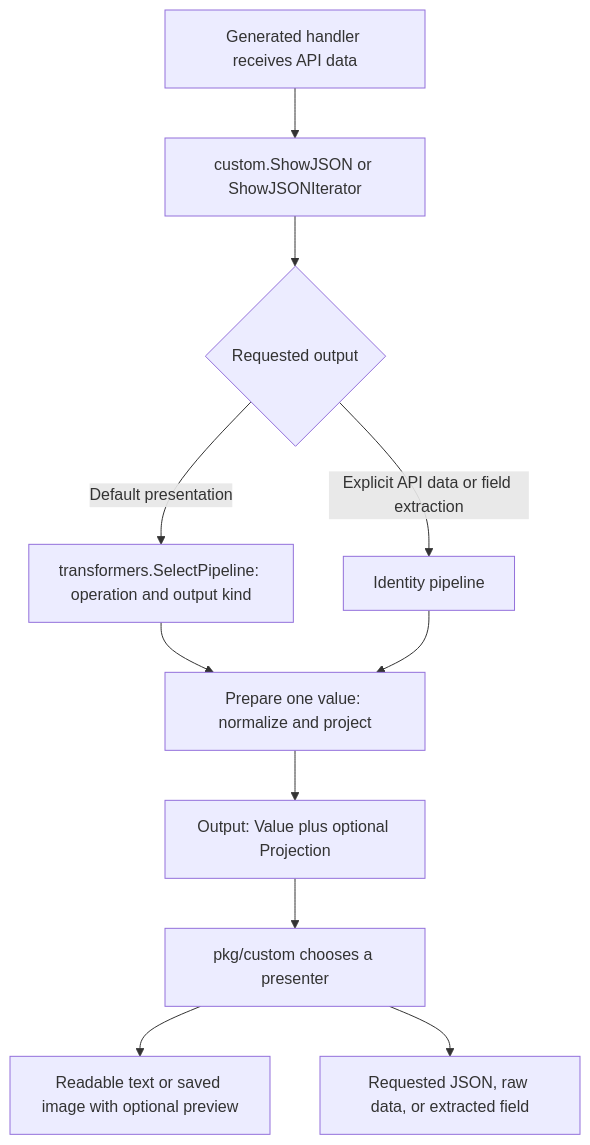
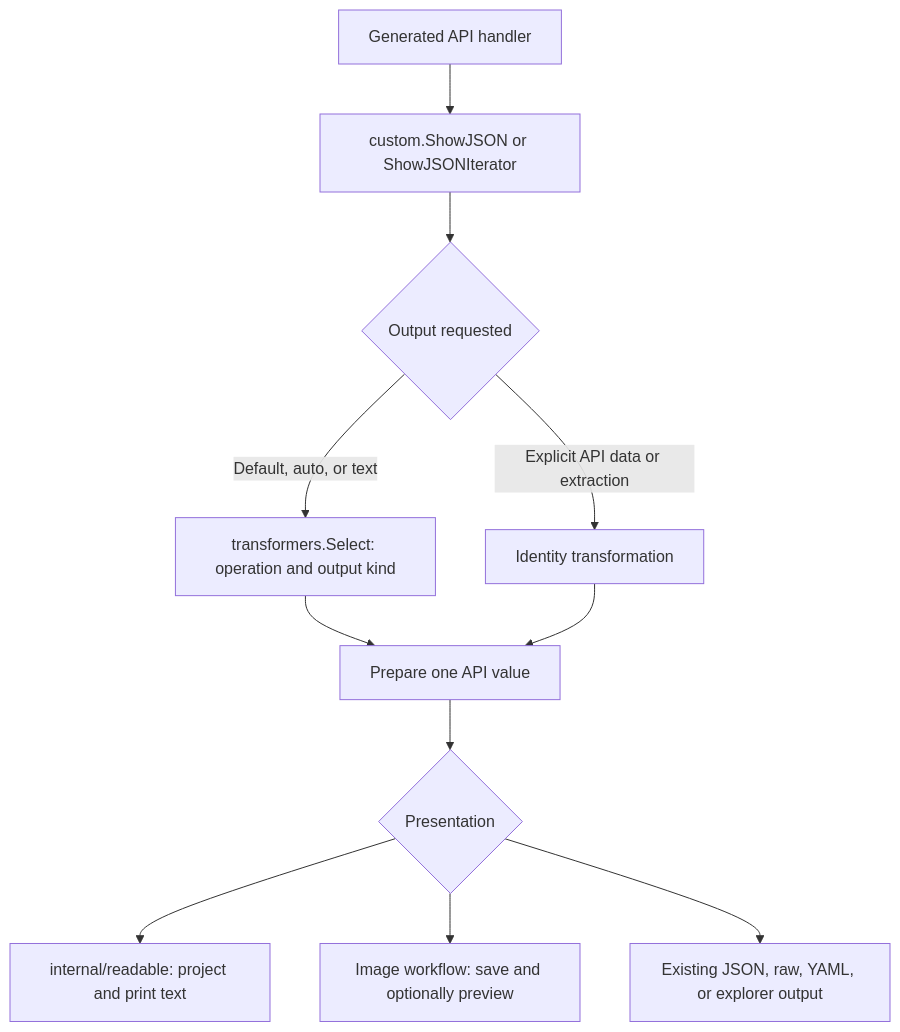
Before and after one commit to openai/openai-cli: the diagram in docs/architecture/output-pipeline.md, drawn with Mermaid. The commit also changed other lines of this file and 4 other files, not shown here.

Commit message:
docs(architecture): map feature owners and enforce library boundaries

````diff
--- a/docs/architecture/output-pipeline.md
+++ b/docs/architecture/output-pipeline.md
@@ -63,13 +43,13 @@
 ```mermaid
 flowchart TD
-    A[Generated handler receives API data] --> B[custom.ShowJSON or ShowJSONIterator]
-    B --> C{Requested output}
-    C -->|Default presentation| D[transformers.SelectPipeline: operation and output kind]
-    C -->|Explicit API data or field extraction| E[Identity pipeline]
-    D --> F[Prepare one value: normalize and project]
+    A[Generated API handler] --> B[custom.ShowJSON or ShowJSONIterator]
+    B --> C{Output requested}
+    C -->|Default, auto, or text| D[transformers.Select: operation and output kind]
+    C -->|Explicit API data or extraction| E[Identity transformation]
+    D --> F[Prepare one API value]
     E --> F
-    F --> G[Output: Value plus optional Projection]
-    G --> H[pkg/custom chooses a presenter]
-    H --> I[Readable text or saved image with optional preview]
-    H --> J[Requested JSON, raw data, or extracted field]
+    F --> G{Presentation}
+    G --> H[internal/readable: project and print text]
+    G --> I[Image workflow: save and optionally preview]
+    G --> J[Existing JSON, raw, YAML, or explorer output]
 ```
````
